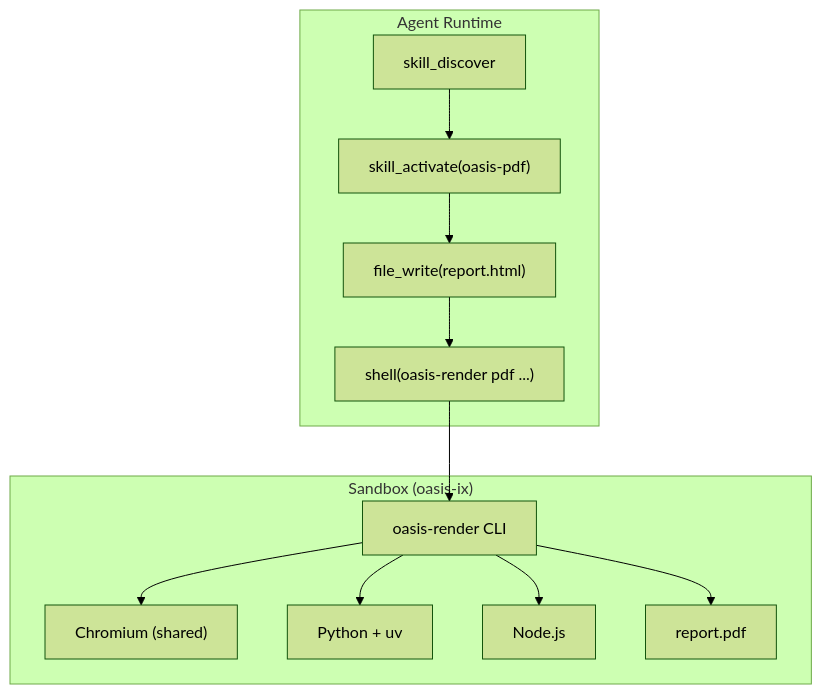
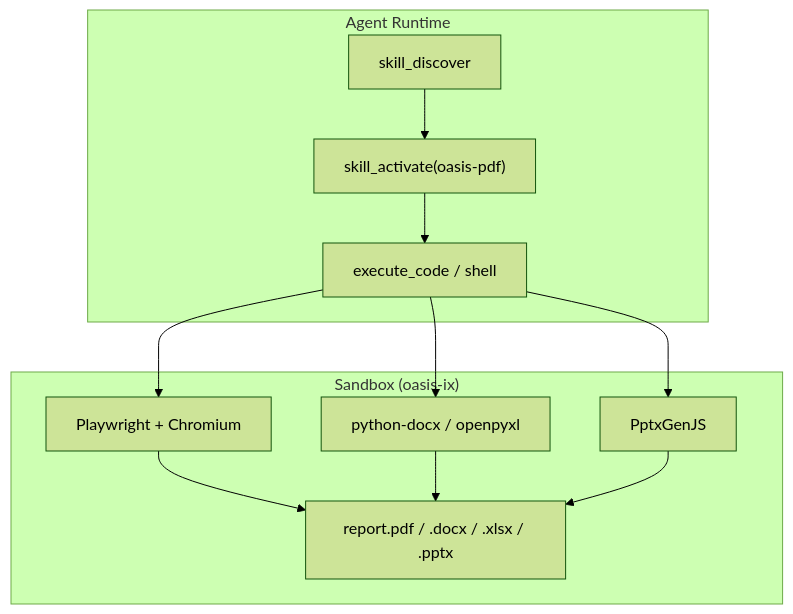
Before and after one commit to nevindra/oasis: the first of 2 diagrams in docs/concepts/document-generation.md, drawn with Mermaid (forest theme). The commit also changed other lines of this file and 40 other files, not shown here.

First line of the commit message:
feat!: skill architecture v2 — AgentSkills compatibility, prescriptive skills, remove oasis-render

````diff
--- a/docs/concepts/document-generation.md
+++ b/docs/concepts/document-generation.md
@@ -7,26 +7,24 @@
 ```mermaid
 flowchart TB
     subgraph "Agent Runtime"
         DISC["skill_discover"]
         ACT["skill_activate(oasis-pdf)"]
-        WRITE["file_write(report.html)"]
-        EXEC["shell(oasis-render pdf ...)"]
+        CODE["execute_code / shell"]
     end
 
     subgraph "Sandbox (oasis-ix)"
-        RENDER["oasis-render CLI"]
-        CHROME["Chromium (shared)"]
-        PY["Python + uv"]
-        NODE["Node.js"]
-        OUTPUT["report.pdf"]
+        CHROME["Playwright + Chromium"]
+        PY["python-docx / openpyxl"]
+        NODE["PptxGenJS"]
+        OUTPUT["report.pdf / .docx / .xlsx / .pptx"]
     end
 
     DISC --> ACT
-    ACT --> WRITE
-    WRITE --> EXEC
-    EXEC --> RENDER
-    RENDER --> CHROME
-    RENDER --> PY
-    RENDER --> NODE
-    RENDER --> OUTPUT
+    ACT --> CODE
+    CODE --> CHROME
+    CODE --> PY
+    CODE --> NODE
+    CHROME --> OUTPUT
+    PY --> OUTPUT
+    NODE --> OUTPUT
 ```
````
